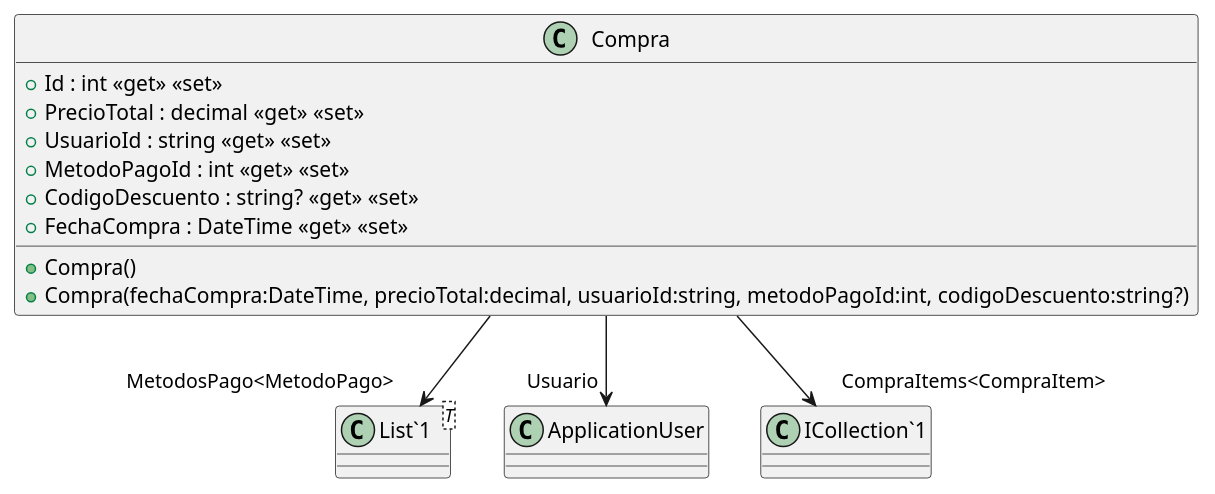
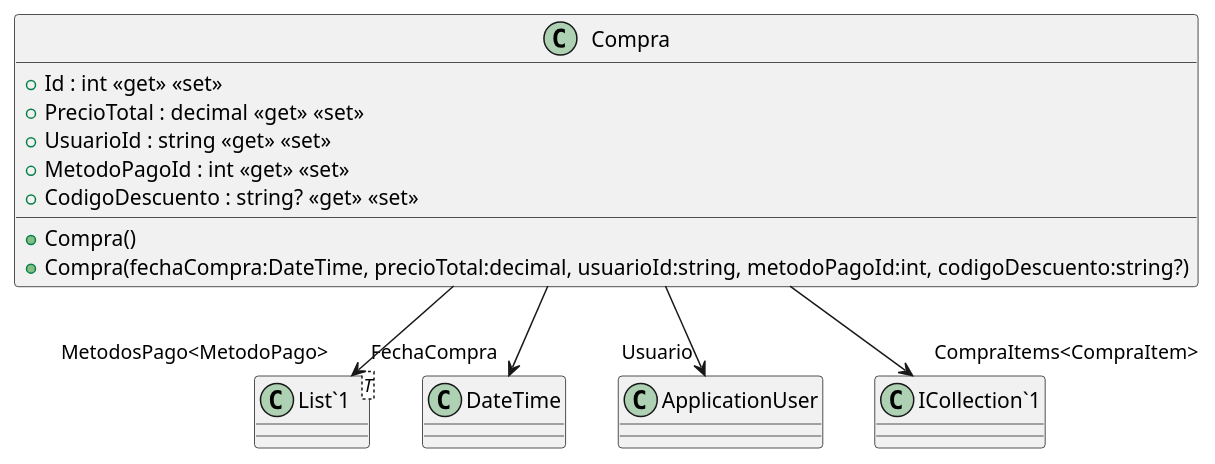
One commit to ISII2627NeedMoneyForMac/ISII2627NeedMoneyForMac changed the diagram in src/AppForSEII.API/ClassDiagram/Compra.puml. Above: the diagram before and after it, drawn with PlantUML. The commit also changed 6 other files, not shown here.

First line of the commit message:
he creado la clase PayPal y diagrama de clases para CU-ReponerLibros (#50)

```diff
--- a/src/AppForSEII.API/ClassDiagram/Compra.puml
+++ b/src/AppForSEII.API/ClassDiagram/Compra.puml
@@ -1,18 +1,17 @@
 @startuml
 class Compra {
     + Compra()
     + Compra(fechaCompra:DateTime, precioTotal:decimal, usuarioId:string, metodoPagoId:int, codigoDescuento:string?)
     + Id : int <<get>> <<set>>
     + PrecioTotal : decimal <<get>> <<set>>
     + UsuarioId : string <<get>> <<set>>
     + MetodoPagoId : int <<get>> <<set>>
     + CodigoDescuento : string? <<get>> <<set>>
-    + FechaCompra : DateTime <<get>> <<set>>
 }
 class "List`1"<T> {
 }
-
+Compra --> "FechaCompra" DateTime
 Compra --> "Usuario" ApplicationUser
 Compra --> "MetodosPago<MetodoPago>" "List`1"
 Compra --> "CompraItems<CompraItem>" "ICollection`1"
 @enduml
```
